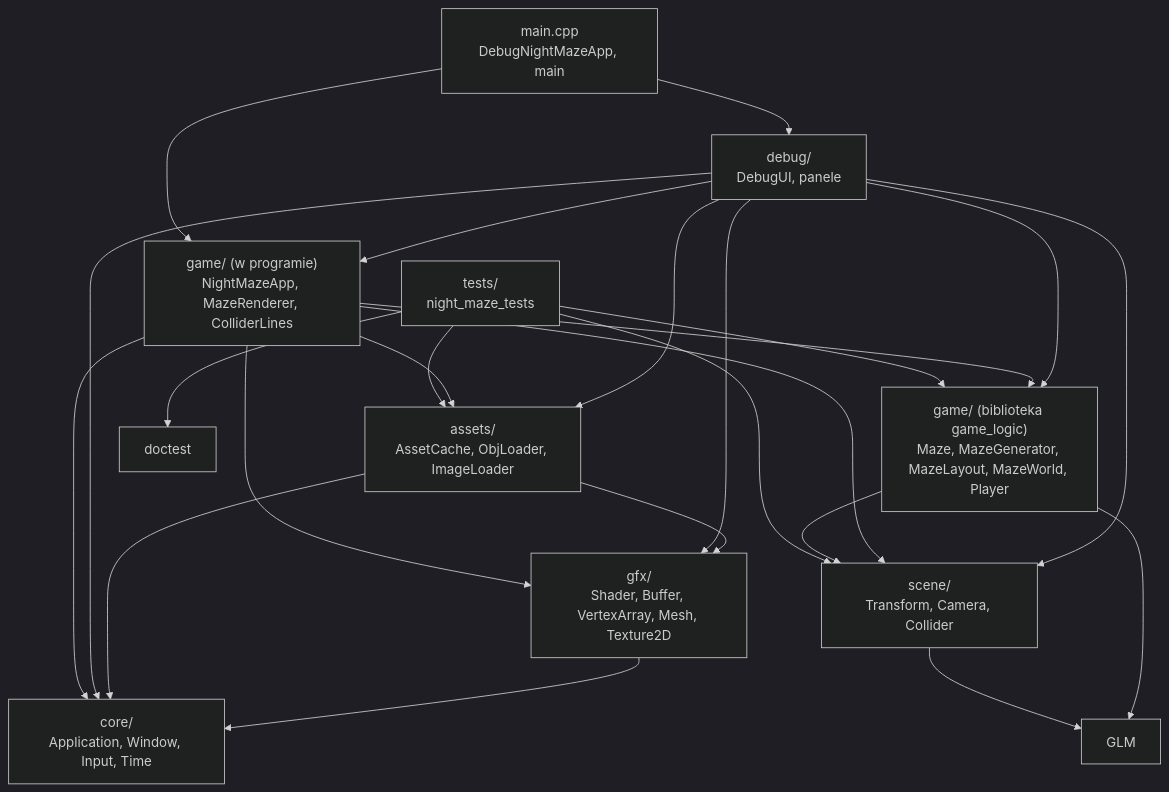
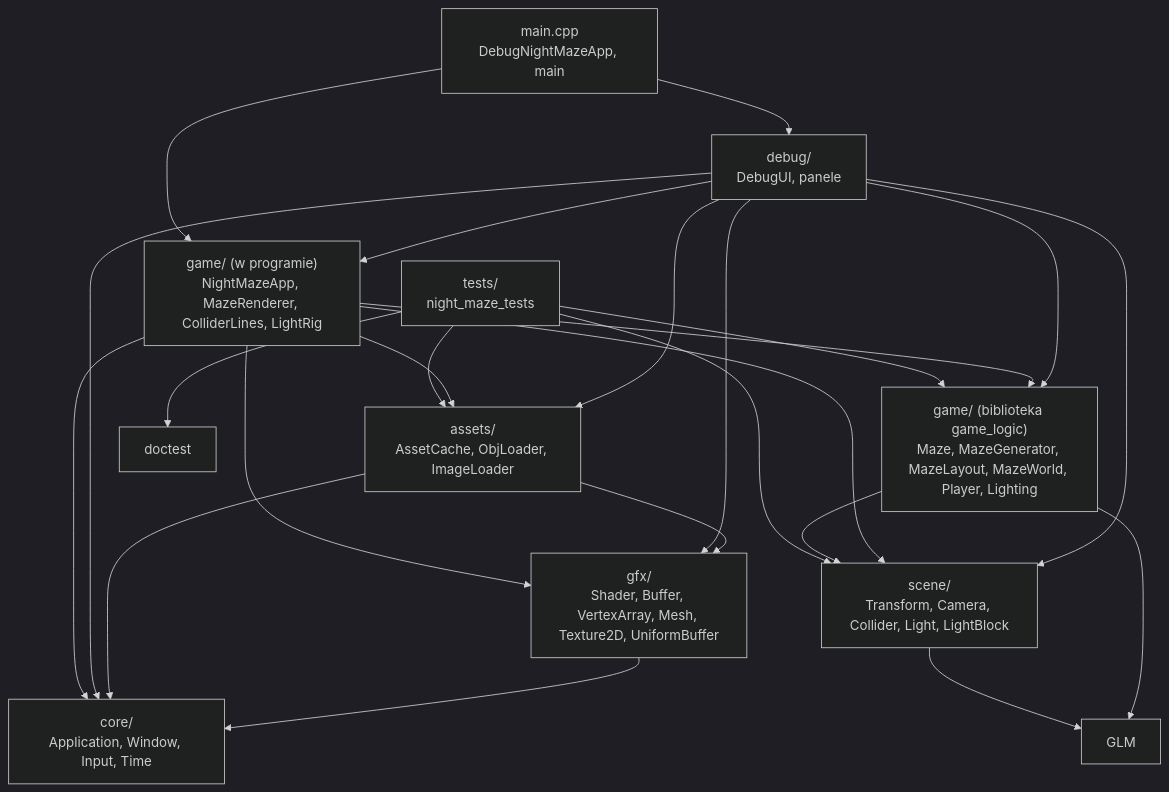
Before and after one commit to Shironex/night-maze: the diagram in docs/modules/game/README.md, drawn with Mermaid (dark theme). The commit also changed other lines of this file and 52 other files, not shown here.

First line of the commit message:
feat(game): light the maze with moon, flashlight and point lights

````diff
--- a/docs/modules/game/README.md
+++ b/docs/modules/game/README.md
@@ -53,26 +57,26 @@
 ```mermaid
 flowchart TD
     Main["main.cpp<br/>DebugNightMazeApp, main"] --> Debug["debug/<br/>DebugUI, panele"]
-    Main --> App["game/ (w programie)<br/>NightMazeApp, MazeRenderer, ColliderLines"]
+    Main --> App["game/ (w programie)<br/>NightMazeApp, MazeRenderer, ColliderLines, LightRig"]
     Tests["tests/<br/>night_maze_tests"] --> Logic
     Tests --> Scene
     Tests --> Assets
-    Logic["game/ (biblioteka game_logic)<br/>Maze, MazeGenerator, MazeLayout, MazeWorld, Player"] --> Scene["scene/<br/>Transform, Camera, Collider"]
+    Logic["game/ (biblioteka game_logic)<br/>Maze, MazeGenerator, MazeLayout, MazeWorld, Player, Lighting"] --> Scene["scene/<br/>Transform, Camera, Collider, Light, LightBlock"]
     App --> Logic
     App --> Scene
     App --> Assets["assets/<br/>AssetCache, ObjLoader, ImageLoader"]
-    App --> Gfx["gfx/<br/>Shader, Buffer, VertexArray, Mesh, Texture2D"]
+    App --> Gfx["gfx/<br/>Shader, Buffer, VertexArray, Mesh, Texture2D, UniformBuffer"]
     App --> Core["core/<br/>Application, Window, Input, Time"]
     Debug --> Core
     Debug --> Gfx
     Debug --> Scene
     Debug --> Assets
     Debug --> App
     Debug --> Logic
     Assets --> Gfx
     Assets --> Core
     Gfx --> Core
     Scene --> Glm["GLM"]
     Logic --> Glm
     Tests --> Doctest["doctest"]
 ```
````
